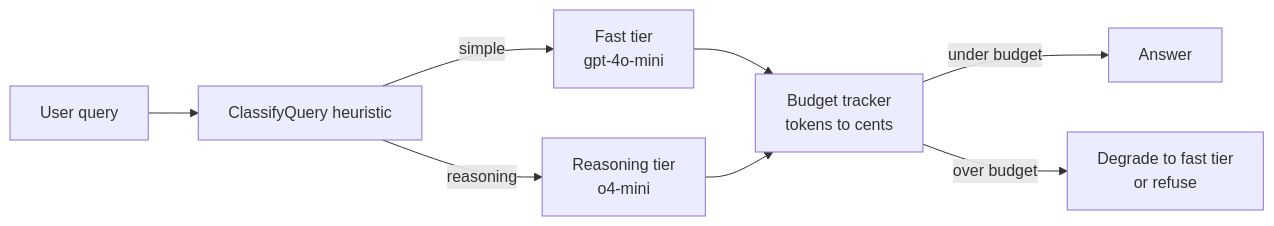
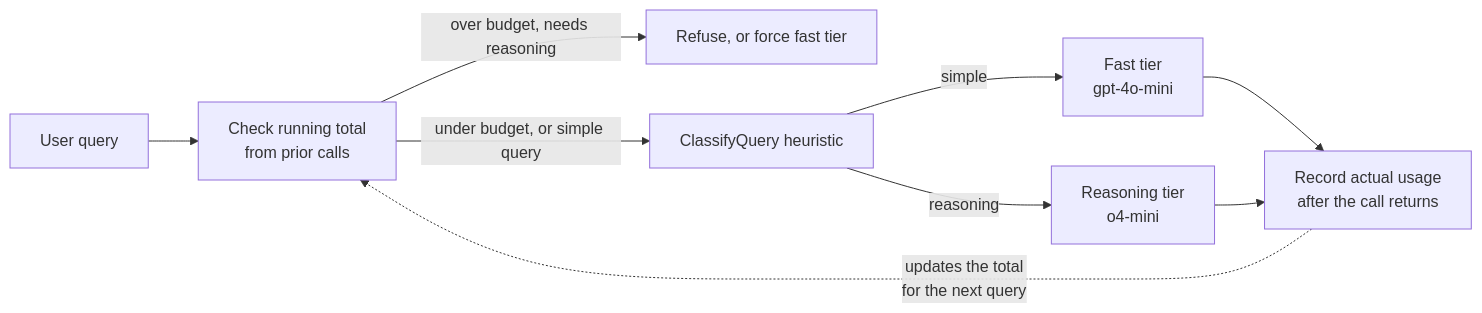
The diagram in PatternExplorer/patterns/ResourceAwareOptimization.md (arst/agentic-patterns), drawn with Mermaid before and after one commit. The commit also changed other lines of this file and 2 other files, not shown here.

First line of the commit message:
fix(resource-aware): account for the fallback call and call the budget soft

````diff
--- a/PatternExplorer/patterns/ResourceAwareOptimization.md
+++ b/PatternExplorer/patterns/ResourceAwareOptimization.md
@@ -43,10 +47,11 @@
 ```mermaid
 flowchart LR
-    Q[User query] --> C[ClassifyQuery heuristic]
+    Q[User query] --> Chk[Check running total<br/>from prior calls]
+    Chk -->|over budget, needs reasoning| G[Refuse, or force fast tier]
+    Chk -->|under budget, or simple query| C[ClassifyQuery heuristic]
     C -->|simple| F[Fast tier<br/>gpt-4o-mini]
     C -->|reasoning| R[Reasoning tier<br/>o4-mini]
-    F --> B[Budget tracker<br/>tokens to cents]
+    F --> B[Record actual usage<br/>after the call returns]
     R --> B
-    B -->|under budget| A[Answer]
-    B -->|over budget| G[Degrade to fast tier<br/>or refuse]
+    B -.->|updates the total<br/>for the next query| Chk
 ```
````
